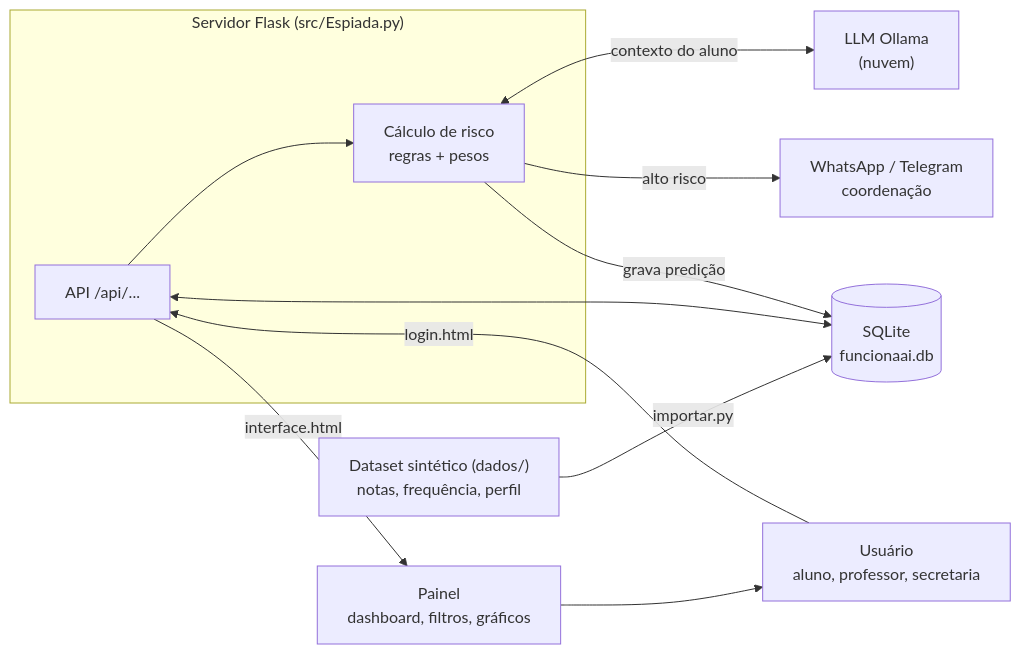
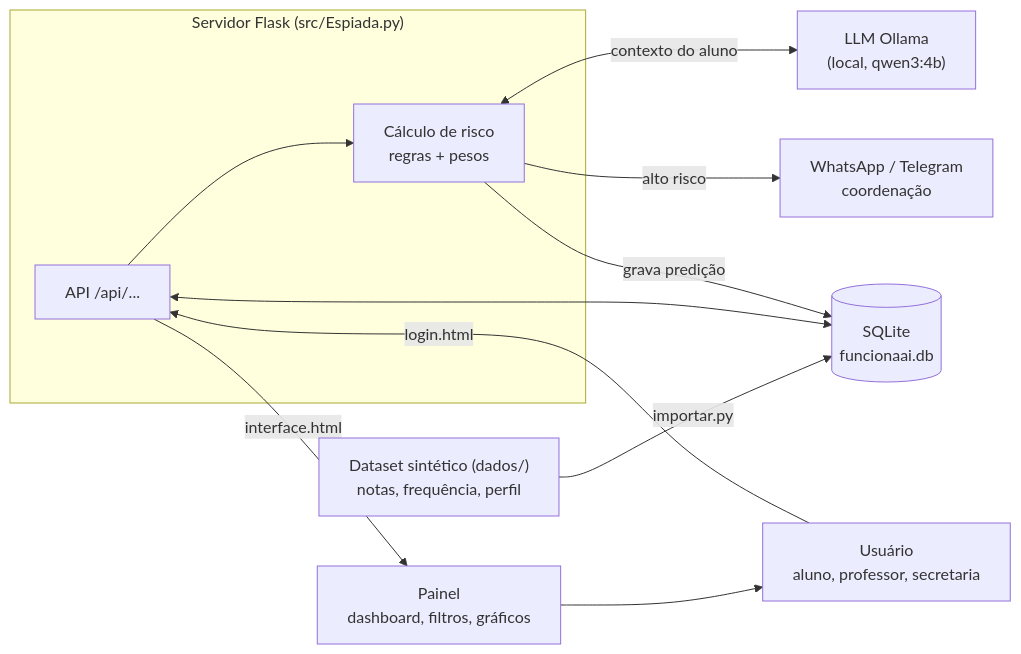
Before and after one commit to DiegoGDutra/Projeto-Espiada: the first of 4 diagrams in readme.md, drawn with Mermaid. The commit also changed other lines of this file and 6 other files, not shown here.

````diff
--- a/readme.md
+++ b/readme.md
@@ -214,16 +218,16 @@
 ```mermaid
 flowchart LR
     AVA["Dataset sintético (dados/)<br/>notas, frequência, perfil"] -->|importar.py| DB
     subgraph Servidor["Servidor Flask (src/Espiada.py)"]
         API["API /api/..."]
         CALC["Cálculo de risco<br/>regras + pesos"]
         API --> CALC
     end
     API <--> DB[("SQLite<br/>funcionaai.db")]
-    CALC <-->|contexto do aluno| LLM["LLM Ollama<br/>(nuvem)"]
+    CALC <-->|contexto do aluno| LLM["LLM Ollama<br/>(local, qwen3:4b)"]
     CALC -->|grava predição| DB
     CALC -->|alto risco| NOTIF["WhatsApp / Telegram<br/>coordenação"]
     U["Usuário<br/>aluno, professor, secretaria"] -->|login.html| API
     API -->|interface.html| PAINEL["Painel<br/>dashboard, filtros, gráficos"]
     PAINEL --> U
 ```
````
